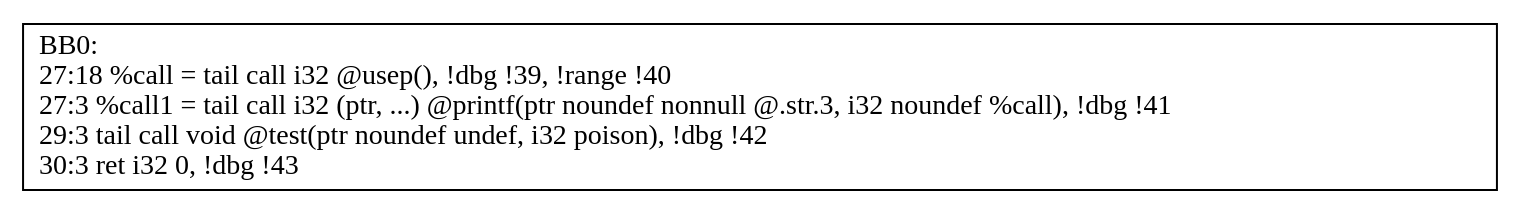
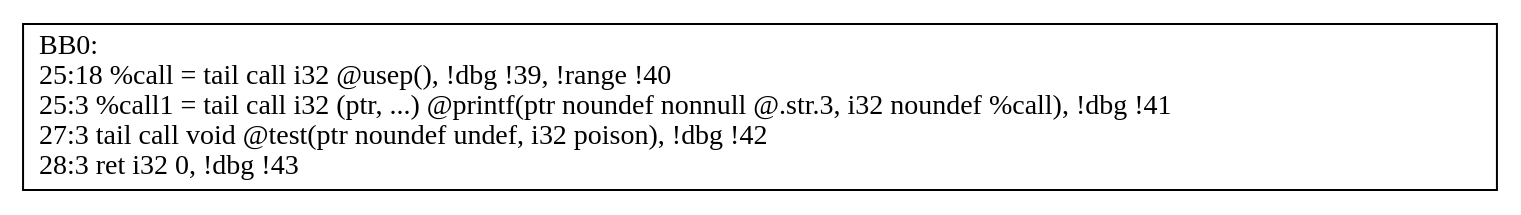
The diagram in output/demo.ll_main_CFG.dot (M-ouse/FinalDesign), drawn with Graphviz before and after one commit. The commit also changed 10 other files, not shown here.

```diff
--- a/output/demo.ll_main_CFG.dot
+++ b/output/demo.ll_main_CFG.dot
@@ -1,3 +1,3 @@
 digraph "CFG for'main' function" {
-	BB0 [shape=record, label="{BB0:\l27:18   %call = tail call i32 @usep(), !dbg !39, !range !40\l 27:3   %call1 = tail call i32 (ptr, ...) @printf(ptr noundef nonnull @.str.3, i32 noundef %call), !dbg !41\l 29:3   tail call void @test(ptr noundef undef, i32 poison), !dbg !42\l 30:3   ret i32 0, !dbg !43\l }"];
+	BB0 [shape=record, label="{BB0:\l25:18   %call = tail call i32 @usep(), !dbg !39, !range !40\l 25:3   %call1 = tail call i32 (ptr, ...) @printf(ptr noundef nonnull @.str.3, i32 noundef %call), !dbg !41\l 27:3   tail call void @test(ptr noundef undef, i32 poison), !dbg !42\l 28:3   ret i32 0, !dbg !43\l }"];
 }
```
